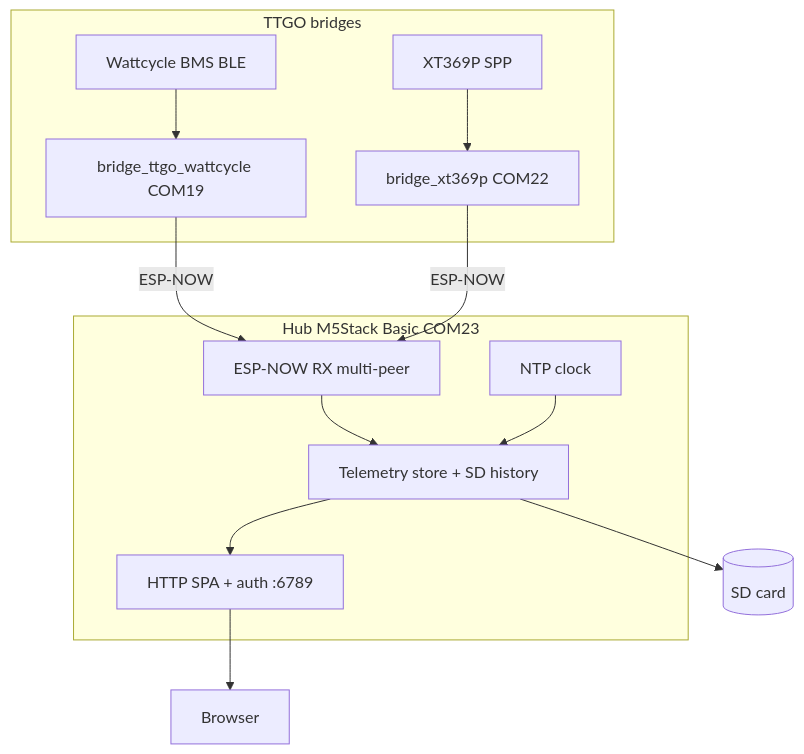
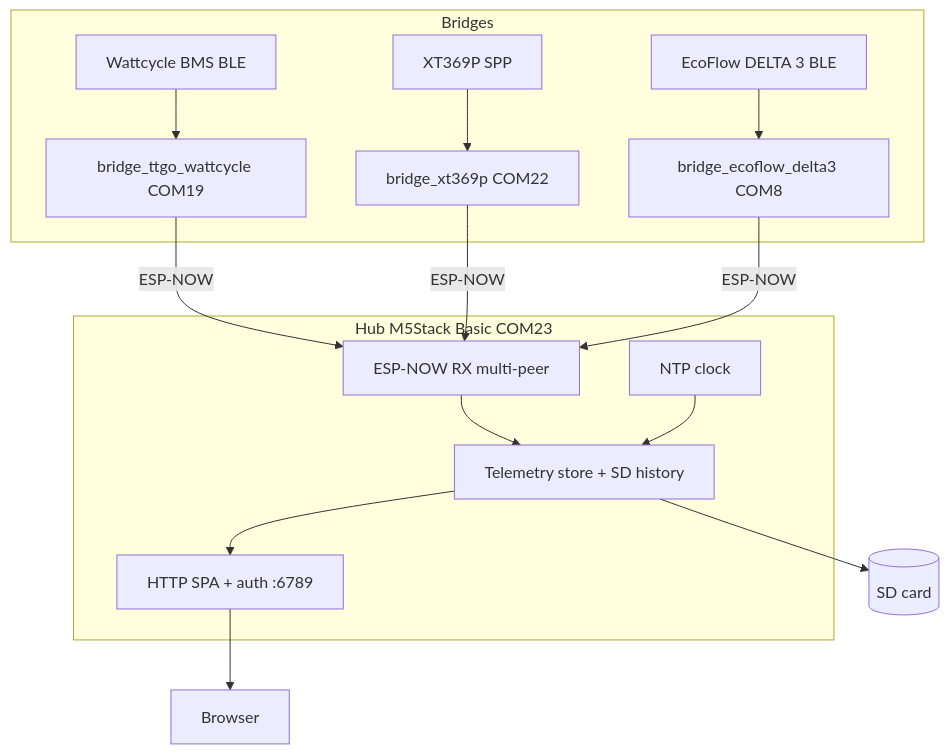
Before and after one commit to Nutz95/WattcycleEsp32Gateway: the first of 2 diagrams in README.md, drawn with Mermaid. The commit also changed other lines of this file and 1 other file, not shown here.

First line of the commit message:
docs: update README and pairing script for EcoFlow integration

````diff
--- a/README.md
+++ b/README.md
@@ -19,19 +21,21 @@
 ```mermaid
 flowchart TB
-  subgraph bridges [TTGO bridges]
+  subgraph bridges [Bridges]
     BMS["Wattcycle BMS BLE"] --> BridgeBms["bridge_ttgo_wattcycle COM19"]
     XT["XT369P SPP"] --> BridgeXt["bridge_xt369p COM22"]
+    EF["EcoFlow DELTA 3 BLE"] --> BridgeEf["bridge_ecoflow_delta3 COM8"]
   end
   subgraph hub [Hub M5Stack Basic COM23]
     EspNowRx["ESP-NOW RX multi-peer"]
     Store["Telemetry store + SD history"]
     Web["HTTP SPA + auth :6789"]
     Ntp["NTP clock"]
   end
   BridgeBms -->|"ESP-NOW"| EspNowRx
   BridgeXt -->|"ESP-NOW"| EspNowRx
+  BridgeEf -->|"ESP-NOW"| EspNowRx
   EspNowRx --> Store --> Web
   Store --> SD[(SD card)]
   Ntp --> Store
   Web --> Browser["Browser"]
 ```
````
